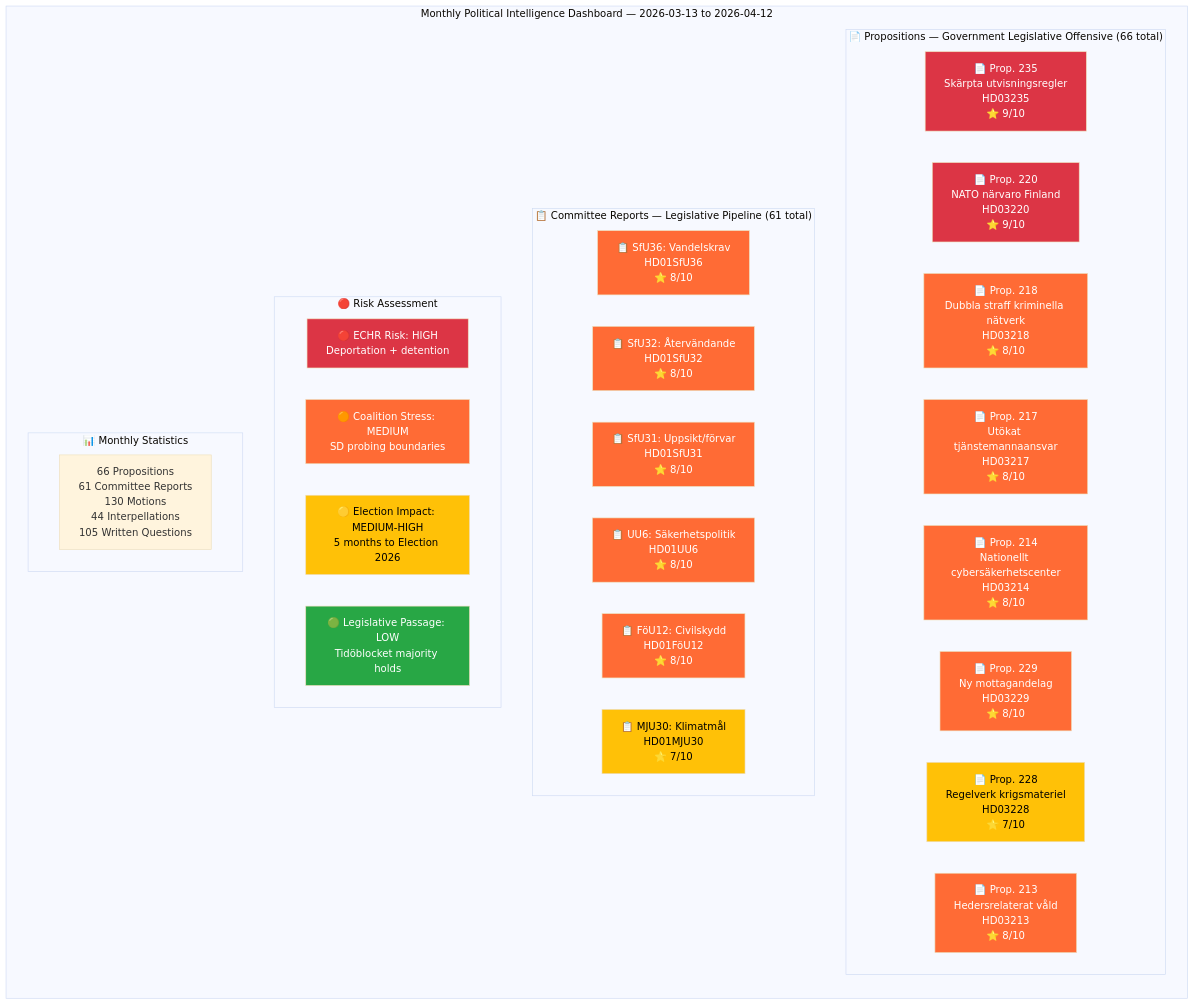
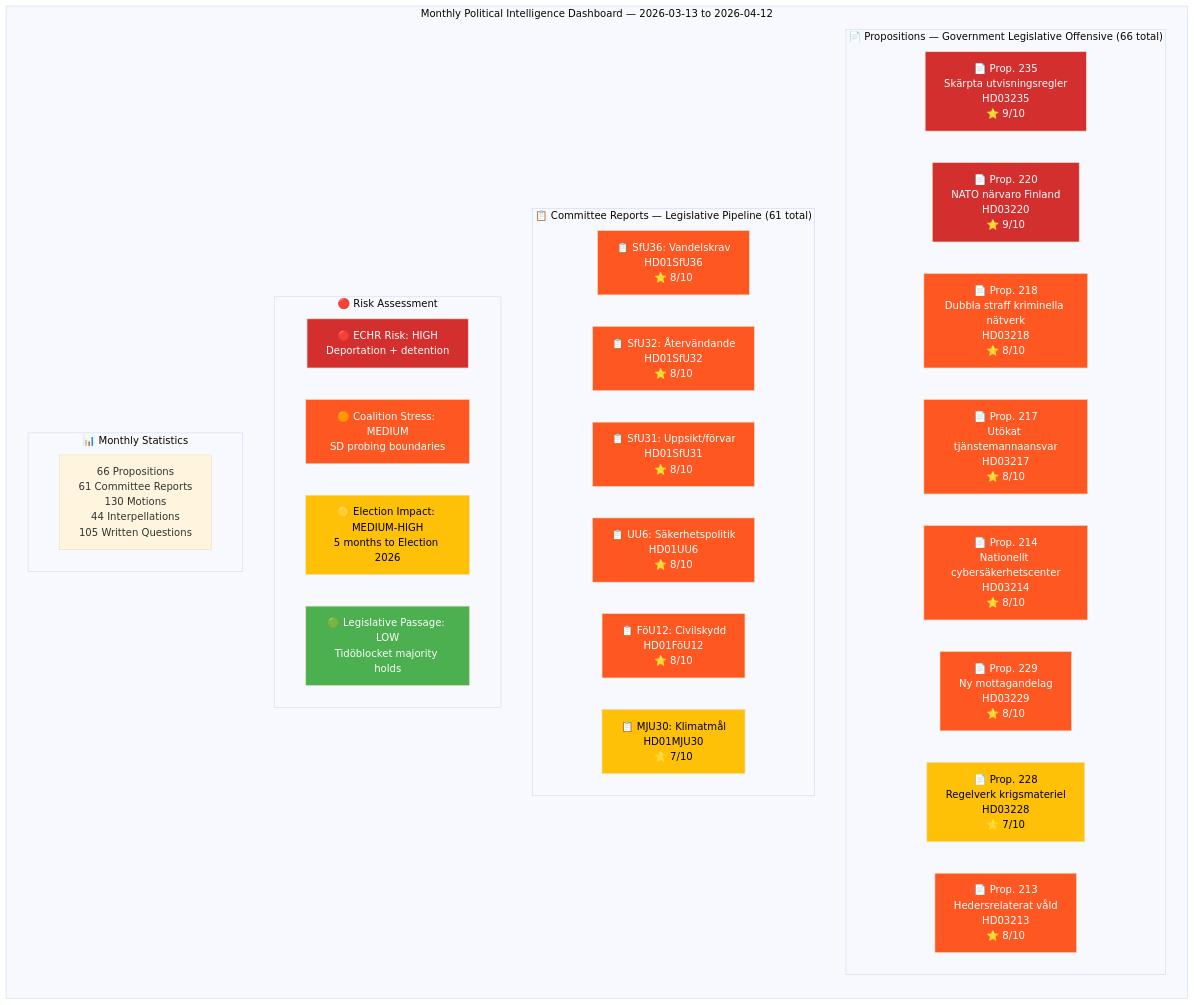
The diagram in analysis/daily/2026-04-12/monthly-review/synthesis-summary.md (Hack23/riksdagsmonitor), drawn with Mermaid (base theme) before and after one commit. The commit also changed 785 other files, not shown here.

First line of the commit message:
Normalize mermaid colors across 786 analysis artifacts to ISMS Style Guide palette

````diff
--- a/analysis/daily/2026-04-12/monthly-review/synthesis-summary.md
+++ b/analysis/daily/2026-04-12/monthly-review/synthesis-summary.md
@@ -17,51 +17,51 @@
 ```mermaid
 graph TD
     subgraph "Monthly Political Intelligence Dashboard — 2026-03-13 to 2026-04-12"
         direction TB
         subgraph "📄 Propositions — Government Legislative Offensive (66 total)"
             P1["📄 Prop. 235<br/>Skärpta utvisningsregler<br/>HD03235<br/>⭐ 9/10"]
             P2["📄 Prop. 220<br/>NATO närvaro Finland<br/>HD03220<br/>⭐ 9/10"]
             P3["📄 Prop. 218<br/>Dubbla straff kriminella nätverk<br/>HD03218<br/>⭐ 8/10"]
             P4["📄 Prop. 217<br/>Utökat tjänstemannaansvar<br/>HD03217<br/>⭐ 8/10"]
             P5["📄 Prop. 214<br/>Nationellt cybersäkerhetscenter<br/>HD03214<br/>⭐ 8/10"]
             P6["📄 Prop. 229<br/>Ny mottagandelag<br/>HD03229<br/>⭐ 8/10"]
             P7["📄 Prop. 228<br/>Regelverk krigsmateriel<br/>HD03228<br/>⭐ 7/10"]
             P8["📄 Prop. 213<br/>Hedersrelaterat våld<br/>HD03213<br/>⭐ 8/10"]
         end
         subgraph "📋 Committee Reports — Legislative Pipeline (61 total)"
             B1["📋 SfU36: Vandelskrav<br/>HD01SfU36<br/>⭐ 8/10"]
             B2["📋 SfU32: Återvändande<br/>HD01SfU32<br/>⭐ 8/10"]
             B3["📋 SfU31: Uppsikt/förvar<br/>HD01SfU31<br/>⭐ 8/10"]
             B4["📋 UU6: Säkerhetspolitik<br/>HD01UU6<br/>⭐ 8/10"]
             B5["📋 FöU12: Civilskydd<br/>HD01FöU12<br/>⭐ 8/10"]
             B6["📋 MJU30: Klimatmål<br/>HD01MJU30<br/>⭐ 7/10"]
         end
         subgraph "🔴 Risk Assessment"
             R1["🔴 ECHR Risk: HIGH<br/>Deportation + detention"]
             R2["🟠 Coalition Stress: MEDIUM<br/>SD probing boundaries"]
             R3["🟡 Election Impact: MEDIUM-HIGH<br/>5 months to Election 2026"]
             R4["🟢 Legislative Passage: LOW<br/>Tidöblocket majority holds"]
         end
         subgraph "📊 Monthly Statistics"
             S1["66 Propositions<br/>61 Committee Reports<br/>130 Motions<br/>44 Interpellations<br/>105 Written Questions"]
         end
     end
-    style P1 fill:#dc3545,color:#fff
-    style P2 fill:#dc3545,color:#fff
-    style P3 fill:#ff6b35,color:#fff
-    style P4 fill:#ff6b35,color:#fff
-    style P5 fill:#ff6b35,color:#fff
-    style P6 fill:#ff6b35,color:#fff
-    style P7 fill:#ffc107,color:#000
-    style P8 fill:#ff6b35,color:#fff
-    style B1 fill:#ff6b35,color:#fff
-    style B2 fill:#ff6b35,color:#fff
-    style B3 fill:#ff6b35,color:#fff
-    style B4 fill:#ff6b35,color:#fff
-    style B5 fill:#ff6b35,color:#fff
-    style B6 fill:#ffc107,color:#000
-    style R1 fill:#dc3545,color:#fff
-    style R2 fill:#ff6b35,color:#fff
-    style R3 fill:#ffc107,color:#000
-    style R4 fill:#28a745,color:#fff
+    style P1 fill:#D32F2F,color:#FFFFFF
+    style P2 fill:#D32F2F,color:#FFFFFF
+    style P3 fill:#FF5722,color:#FFFFFF
+    style P4 fill:#FF5722,color:#FFFFFF
+    style P5 fill:#FF5722,color:#FFFFFF
+    style P6 fill:#FF5722,color:#FFFFFF
+    style P7 fill:#FFC107,color:#000000
+    style P8 fill:#FF5722,color:#FFFFFF
+    style B1 fill:#FF5722,color:#FFFFFF
+    style B2 fill:#FF5722,color:#FFFFFF
+    style B3 fill:#FF5722,color:#FFFFFF
+    style B4 fill:#FF5722,color:#FFFFFF
+    style B5 fill:#FF5722,color:#FFFFFF
+    style B6 fill:#FFC107,color:#000000
+    style R1 fill:#D32F2F,color:#FFFFFF
+    style R2 fill:#FF5722,color:#FFFFFF
+    style R3 fill:#FFC107,color:#000000
+    style R4 fill:#4CAF50,color:#FFFFFF
 ```
````
